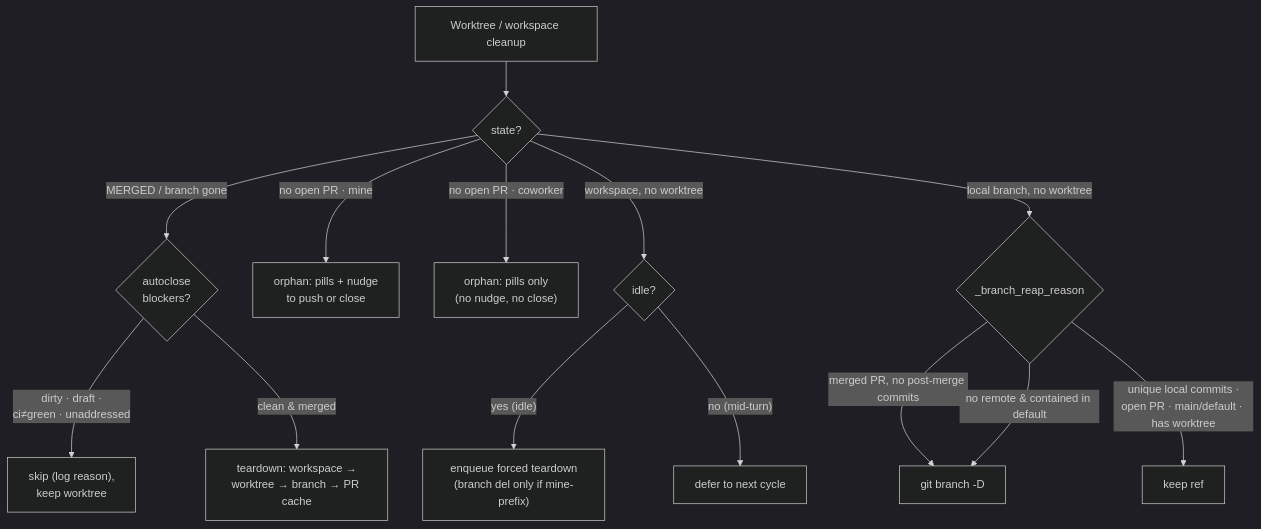
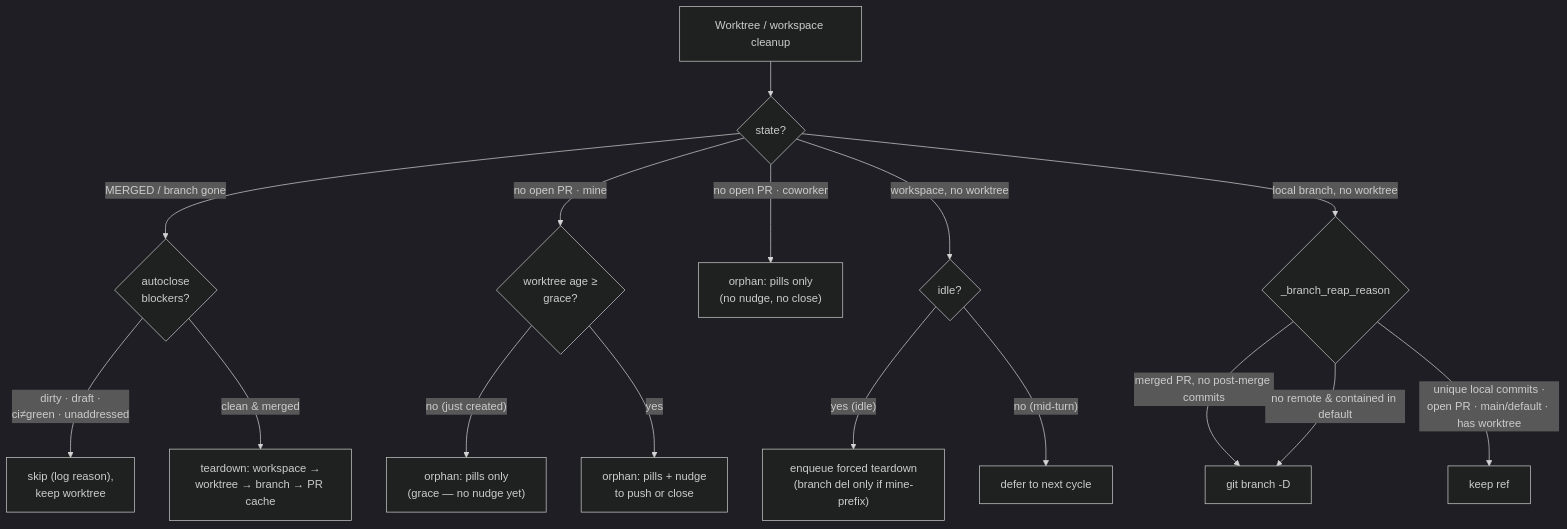
One commit to khivi/cockpit changed the third of 5 diagrams in docs/state-machine.md. Above: the diagram before and after it, drawn with Mermaid (dark theme). The commit also changed other lines of this file and 10 other files, not shown here.

First line of the commit message:
feat(nudge): grace period before nudging a fresh no-PR worktree (#193)

````diff
--- a/docs/state-machine.md
+++ b/docs/state-machine.md
@@ -104,21 +104,23 @@
 ```mermaid
 flowchart TD
   C["Worktree / workspace cleanup"] --> K{"state?"}
 
   K -->|"MERGED / branch gone"| AC{"autoclose<br/>blockers?"}
   AC -->|"dirty · draft ·<br/>ci≠green · unaddressed"| SK["skip (log reason),<br/>keep worktree"]
   AC -->|"clean & merged"| TD["teardown: workspace →<br/>worktree → branch → PR cache"]
 
-  K -->|"no open PR · mine"| OR["orphan: pills + nudge<br/>to push or close"]
+  K -->|"no open PR · mine"| OG{"worktree age ≥<br/>grace?"}
+  OG -->|"no (just created)"| OP["orphan: pills only<br/>(grace — no nudge yet)"]
+  OG -->|"yes"| OR["orphan: pills + nudge<br/>to push or close"]
 
   K -->|"no open PR · coworker"| OC["orphan: pills only<br/>(no nudge, no close)"]
 
   K -->|"workspace, no worktree"| RP{"idle?"}
   RP -->|"yes (idle)"| EN["enqueue forced teardown<br/>(branch del only if mine-prefix)"]
   RP -->|"no (mid-turn)"| DF["defer to next cycle"]
 
   K -->|"local branch, no worktree"| BR{"_branch_reap_reason"}
   BR -->|"merged PR, no post-merge commits"| BD["git branch -D"]
   BR -->|"no remote & contained in default"| BD
   BR -->|"unique local commits ·<br/>open PR · main/default · has worktree"| BK["keep ref"]
 ```
````
